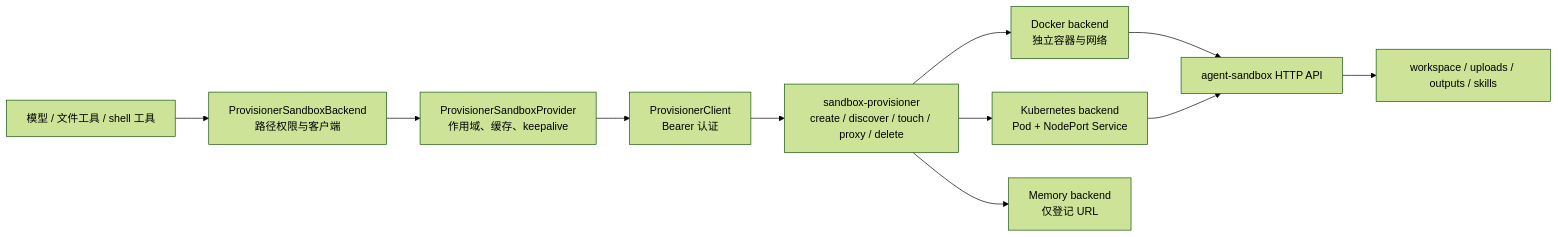
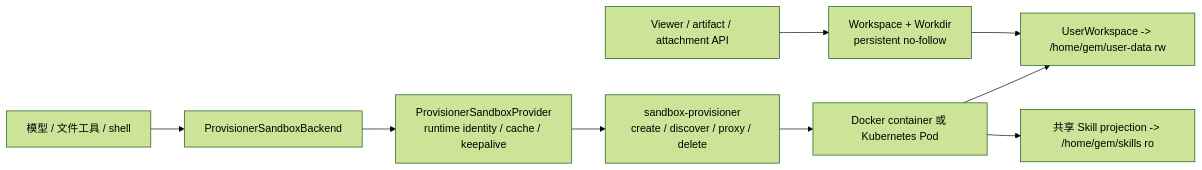
One commit to Mr-H-00/ZS-Hermes changed the diagram in docs/mechanisms/sandbox.md. Above: the diagram before and after it, drawn with Mermaid (forest theme). The commit also changed other lines of this file and 241 other files, not shown here.

First line of the commit message:
refactor: 收敛 UserWorkspace、Workdir 与 Sandbox 存储边界 (#969)

````diff
--- a/docs/mechanisms/sandbox.md
+++ b/docs/mechanisms/sandbox.md
@@ -17,13 +17,11 @@
 ```mermaid
 flowchart LR
-    Model["模型 / 文件工具 / shell 工具"] --> Backend["ProvisionerSandboxBackend\n路径权限与客户端"]
-    Backend --> Provider["ProvisionerSandboxProvider\n作用域、缓存、keepalive"]
-    Provider --> Client["ProvisionerClient\nBearer 认证"]
-    Client --> Provisioner["sandbox-provisioner\ncreate / discover / touch / proxy / delete"]
-    Provisioner --> Docker["Docker backend\n独立容器与网络"]
-    Provisioner --> K8s["Kubernetes backend\nPod + NodePort Service"]
-    Provisioner --> Memory["Memory backend\n仅登记 URL"]
-    Docker --> SandboxAPI["agent-sandbox HTTP API"]
-    K8s --> SandboxAPI
-    SandboxAPI --> Mounts["workspace / uploads / outputs / skills"]
+    Model["模型 / 文件工具 / shell"] --> Backend["ProvisionerSandboxBackend"]
+    Backend --> Provider["ProvisionerSandboxProvider\nruntime identity / cache / keepalive"]
+    Provider --> Provisioner["sandbox-provisioner\ncreate / discover / proxy / delete"]
+    Provisioner --> Runtime["Docker container 或 Kubernetes Pod"]
+    Runtime --> Workspace["UserWorkspace -> /home/gem/user-data rw"]
+    Runtime --> Skills["共享 Skill projection -> /home/gem/skills ro"]
+    Viewer["Viewer / artifact / attachment API"] --> HostFS["Workspace + Workdir\npersistent no-follow"]
+    HostFS --> Workspace
 ```
````
